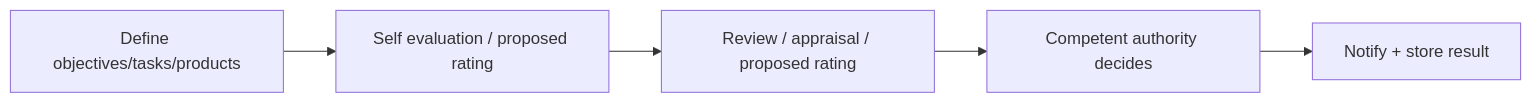
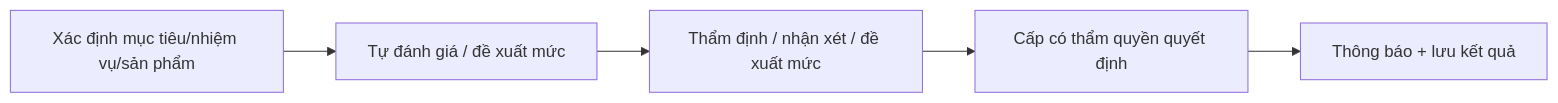
The first of 2 diagrams in docs/03-business/workflow.md (chotr/BTCTU), drawn with Mermaid before and after one commit. The commit also changed other lines of this file and 48 other files, not shown here.

````diff
--- a/docs/03-business/workflow.md
+++ b/docs/03-business/workflow.md
@@ -7,7 +7,7 @@
 ```mermaid
 flowchart LR
-  PLAN["Define objectives/tasks/products"] --> SELF["Self evaluation / proposed rating"]
-  SELF --> REVIEW["Review / appraisal / proposed rating"]
-  REVIEW --> DECIDE["Competent authority decides"]
-  DECIDE --> NOTICE["Notify + store result"]
+  PLAN["Xác định mục tiêu/nhiệm vụ/sản phẩm"] --> SELF["Tự đánh giá / đề xuất mức"]
+  SELF --> REVIEW["Thẩm định / nhận xét / đề xuất mức"]
+  REVIEW --> DECIDE["Cấp có thẩm quyền quyết định"]
+  DECIDE --> NOTICE["Thông báo + lưu kết quả"]
 ```
````
